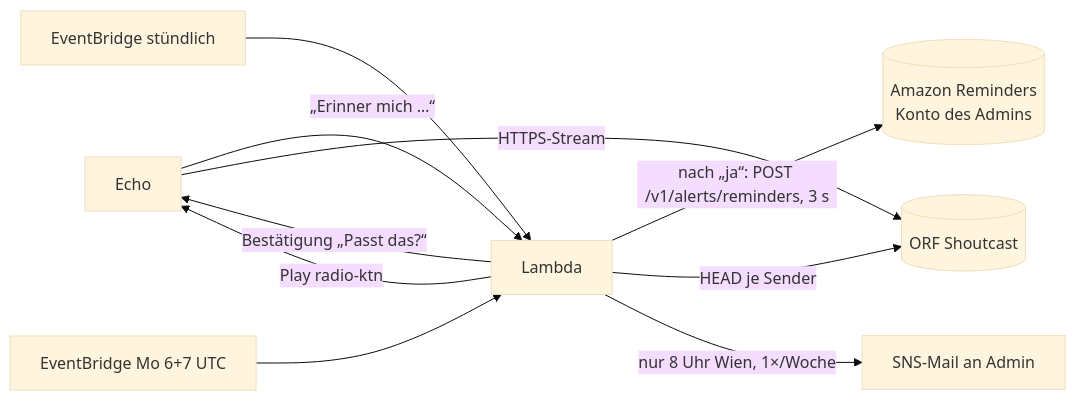
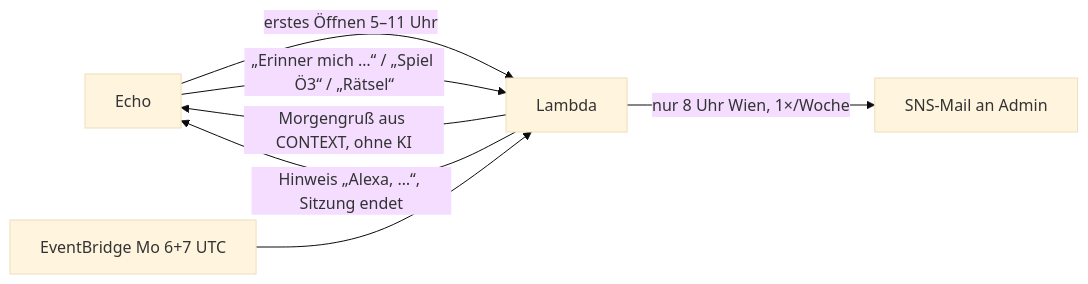
Before and after one commit to Kat-ling/superkugel: the second of 3 diagrams in docs/architektur.md, drawn with Mermaid (base theme). The commit also changed other lines of this file and 44 other files, not shown here.

First line of the commit message:
Superkugel 1.3 – Erinnerungen, Radio und Rätsel entfernt

````diff
--- a/docs/architektur.md
+++ b/docs/architektur.md
@@ -51,9 +49,6 @@
 ```mermaid
 flowchart LR
-    E[Echo] -- „Erinner mich …“ --> L[Lambda]
-    L -- Bestätigung „Passt das?“ --> E
-    L -- nach „ja“: POST /v1/alerts/reminders, 3 s --> R[(Amazon Reminders<br/>Konto des Admins)]
-    L -- Play radio-ktn --> E -- HTTPS-Stream --> O[(ORF Shoutcast)]
-    EB[EventBridge stündlich] --> L -- HEAD je Sender --> O
+    E[Echo] -- erstes Öffnen 5–11 Uhr --> L[Lambda] -- Morgengruß aus CONTEXT, ohne KI --> E
+    E -- „Erinner mich …“ / „Spiel Ö3“ / „Rätsel“ --> L -- Hinweis „Alexa, …“, Sitzung endet --> E
     EB2[EventBridge Mo 6+7 UTC] --> L -- nur 8 Uhr Wien, 1×/Woche --> SNS[SNS-Mail an Admin]
 ```
````
